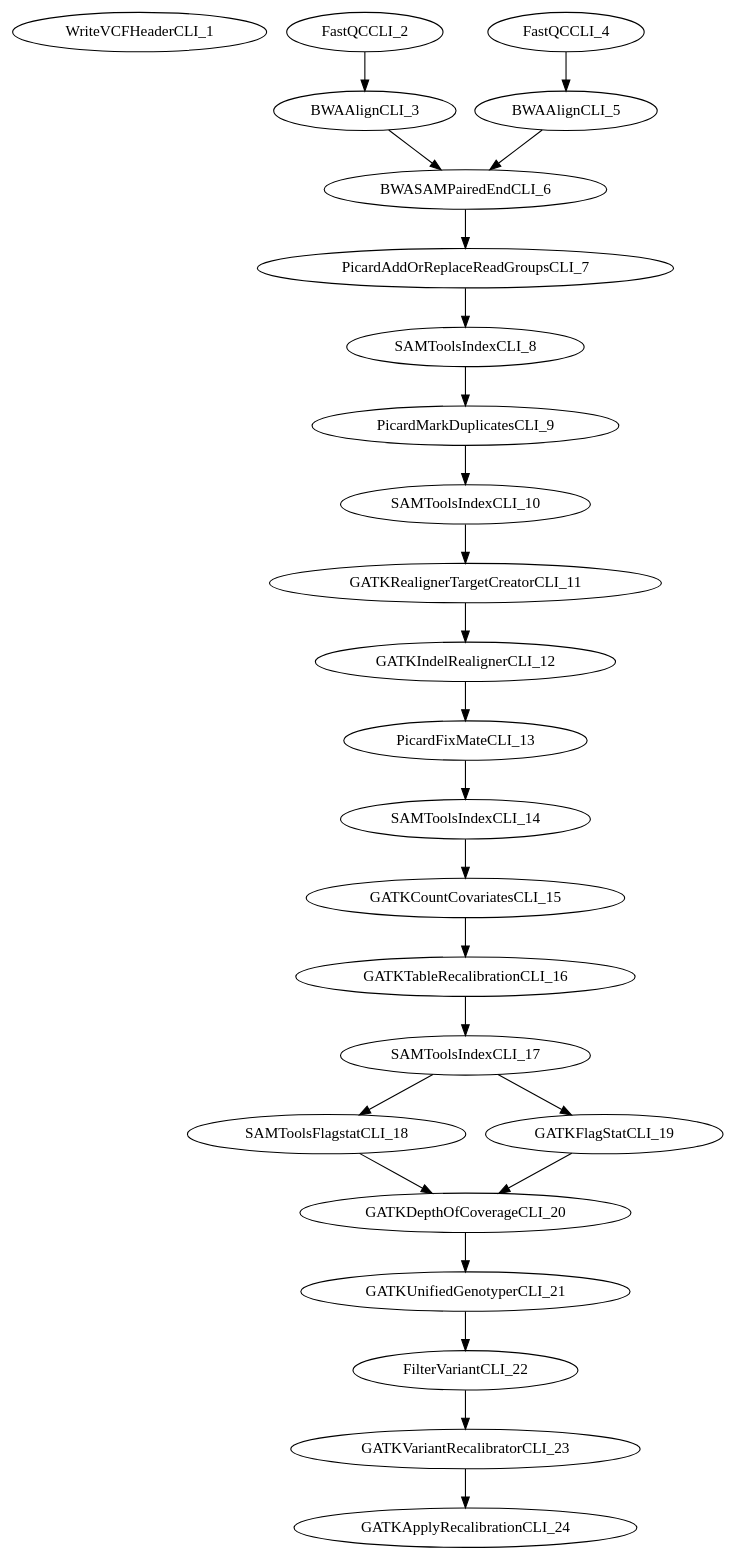
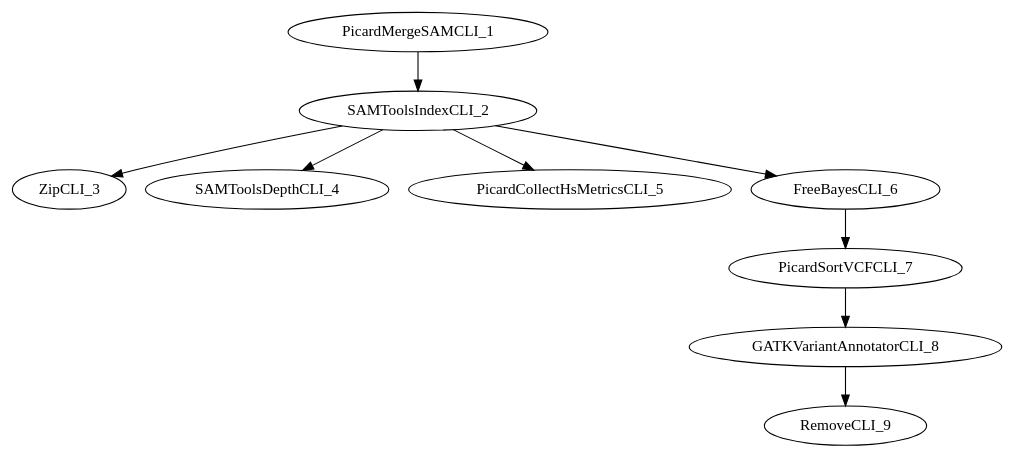
The diagram in src/site/resources/images/workflow.dag.dot (jdr0887/MaPSeq-Pipeline-GS-MergeVC), drawn with Graphviz before and after one commit. The commit also changed 1 other file, not shown here.

```diff
--- a/src/site/resources/images/workflow.dag.dot
+++ b/src/site/resources/images/workflow.dag.dot
@@ -1,49 +1,19 @@
 digraph G {
-  WriteVCFHeaderCLI_1 [ label="WriteVCFHeaderCLI_1" ];
-  FastQCCLI_2 [ label="FastQCCLI_2" ];
-  BWAAlignCLI_3 [ label="BWAAlignCLI_3" ];
-  FastQCCLI_4 [ label="FastQCCLI_4" ];
-  BWAAlignCLI_5 [ label="BWAAlignCLI_5" ];
-  BWASAMPairedEndCLI_6 [ label="BWASAMPairedEndCLI_6" ];
-  PicardAddOrReplaceReadGroupsCLI_7 [ label="PicardAddOrReplaceReadGroupsCLI_7" ];
-  SAMToolsIndexCLI_8 [ label="SAMToolsIndexCLI_8" ];
-  PicardMarkDuplicatesCLI_9 [ label="PicardMarkDuplicatesCLI_9" ];
-  SAMToolsIndexCLI_10 [ label="SAMToolsIndexCLI_10" ];
-  GATKRealignerTargetCreatorCLI_11 [ label="GATKRealignerTargetCreatorCLI_11" ];
-  GATKIndelRealignerCLI_12 [ label="GATKIndelRealignerCLI_12" ];
-  PicardFixMateCLI_13 [ label="PicardFixMateCLI_13" ];
-  SAMToolsIndexCLI_14 [ label="SAMToolsIndexCLI_14" ];
-  GATKCountCovariatesCLI_15 [ label="GATKCountCovariatesCLI_15" ];
-  GATKTableRecalibrationCLI_16 [ label="GATKTableRecalibrationCLI_16" ];
-  SAMToolsIndexCLI_17 [ label="SAMToolsIndexCLI_17" ];
-  SAMToolsFlagstatCLI_18 [ label="SAMToolsFlagstatCLI_18" ];
-  GATKFlagStatCLI_19 [ label="GATKFlagStatCLI_19" ];
-  GATKDepthOfCoverageCLI_20 [ label="GATKDepthOfCoverageCLI_20" ];
-  GATKUnifiedGenotyperCLI_21 [ label="GATKUnifiedGenotyperCLI_21" ];
-  FilterVariantCLI_22 [ label="FilterVariantCLI_22" ];
-  GATKVariantRecalibratorCLI_23 [ label="GATKVariantRecalibratorCLI_23" ];
-  GATKApplyRecalibrationCLI_24 [ label="GATKApplyRecalibrationCLI_24" ];
-  FastQCCLI_2 -> BWAAlignCLI_3;
-  FastQCCLI_4 -> BWAAlignCLI_5;
-  BWAAlignCLI_3 -> BWASAMPairedEndCLI_6;
-  BWAAlignCLI_5 -> BWASAMPairedEndCLI_6;
-  BWASAMPairedEndCLI_6 -> PicardAddOrReplaceReadGroupsCLI_7;
-  PicardAddOrReplaceReadGroupsCLI_7 -> SAMToolsIndexCLI_8;
-  SAMToolsIndexCLI_8 -> PicardMarkDuplicatesCLI_9;
-  PicardMarkDuplicatesCLI_9 -> SAMToolsIndexCLI_10;
-  SAMToolsIndexCLI_10 -> GATKRealignerTargetCreatorCLI_11;
-  GATKRealignerTargetCreatorCLI_11 -> GATKIndelRealignerCLI_12;
-  GATKIndelRealignerCLI_12 -> PicardFixMateCLI_13;
-  PicardFixMateCLI_13 -> SAMToolsIndexCLI_14;
-  SAMToolsIndexCLI_14 -> GATKCountCovariatesCLI_15;
-  GATKCountCovariatesCLI_15 -> GATKTableRecalibrationCLI_16;
-  GATKTableRecalibrationCLI_16 -> SAMToolsIndexCLI_17;
-  SAMToolsIndexCLI_17 -> SAMToolsFlagstatCLI_18;
-  SAMToolsIndexCLI_17 -> GATKFlagStatCLI_19;
-  SAMToolsFlagstatCLI_18 -> GATKDepthOfCoverageCLI_20;
-  GATKFlagStatCLI_19 -> GATKDepthOfCoverageCLI_20;
-  GATKDepthOfCoverageCLI_20 -> GATKUnifiedGenotyperCLI_21;
-  GATKUnifiedGenotyperCLI_21 -> FilterVariantCLI_22;
-  FilterVariantCLI_22 -> GATKVariantRecalibratorCLI_23;
-  GATKVariantRecalibratorCLI_23 -> GATKApplyRecalibrationCLI_24;
+  PicardMergeSAMCLI_1 [ label="PicardMergeSAMCLI_1" ];
+  SAMToolsIndexCLI_2 [ label="SAMToolsIndexCLI_2" ];
+  ZipCLI_3 [ label="ZipCLI_3" ];
+  SAMToolsDepthCLI_4 [ label="SAMToolsDepthCLI_4" ];
+  PicardCollectHsMetricsCLI_5 [ label="PicardCollectHsMetricsCLI_5" ];
+  FreeBayesCLI_6 [ label="FreeBayesCLI_6" ];
+  PicardSortVCFCLI_7 [ label="PicardSortVCFCLI_7" ];
+  GATKVariantAnnotatorCLI_8 [ label="GATKVariantAnnotatorCLI_8" ];
+  RemoveCLI_9 [ label="RemoveCLI_9" ];
+  PicardMergeSAMCLI_1 -> SAMToolsIndexCLI_2;
+  SAMToolsIndexCLI_2 -> ZipCLI_3;
+  SAMToolsIndexCLI_2 -> SAMToolsDepthCLI_4;
+  SAMToolsIndexCLI_2 -> PicardCollectHsMetricsCLI_5;
+  SAMToolsIndexCLI_2 -> FreeBayesCLI_6;
+  FreeBayesCLI_6 -> PicardSortVCFCLI_7;
+  PicardSortVCFCLI_7 -> GATKVariantAnnotatorCLI_8;
+  GATKVariantAnnotatorCLI_8 -> RemoveCLI_9;
 }
```
